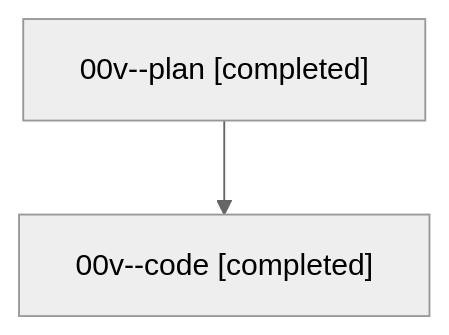
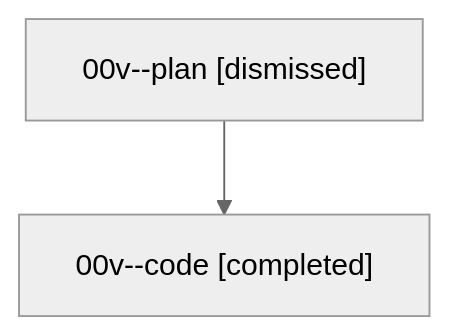
One commit to bobs-org/bob-cli--agents changed the diagram in families/bbugyi200.athena.00v.md. Above: the diagram before and after it, drawn with Mermaid (neutral theme). The commit also changed other lines of this file and 265 other files, not shown here.

````diff
--- a/families/bbugyi200.athena.00v.md
+++ b/families/bbugyi200.athena.00v.md
@@ -9,6 +9,6 @@
 ```mermaid
 flowchart TD
-  n0["00v--plan [completed]"]
+  n0["00v--plan [dismissed]"]
   n1["00v--code [completed]"]
   n0 --> n1
 ```
````
